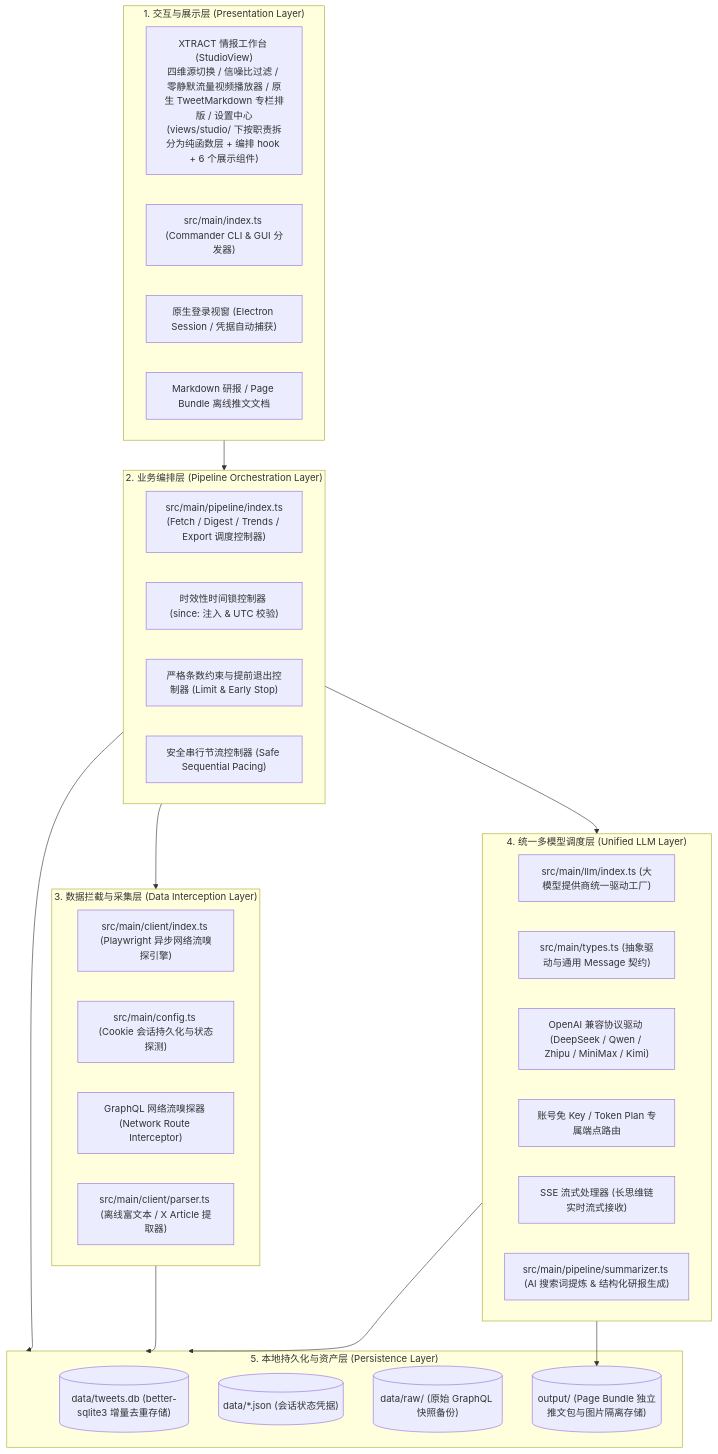
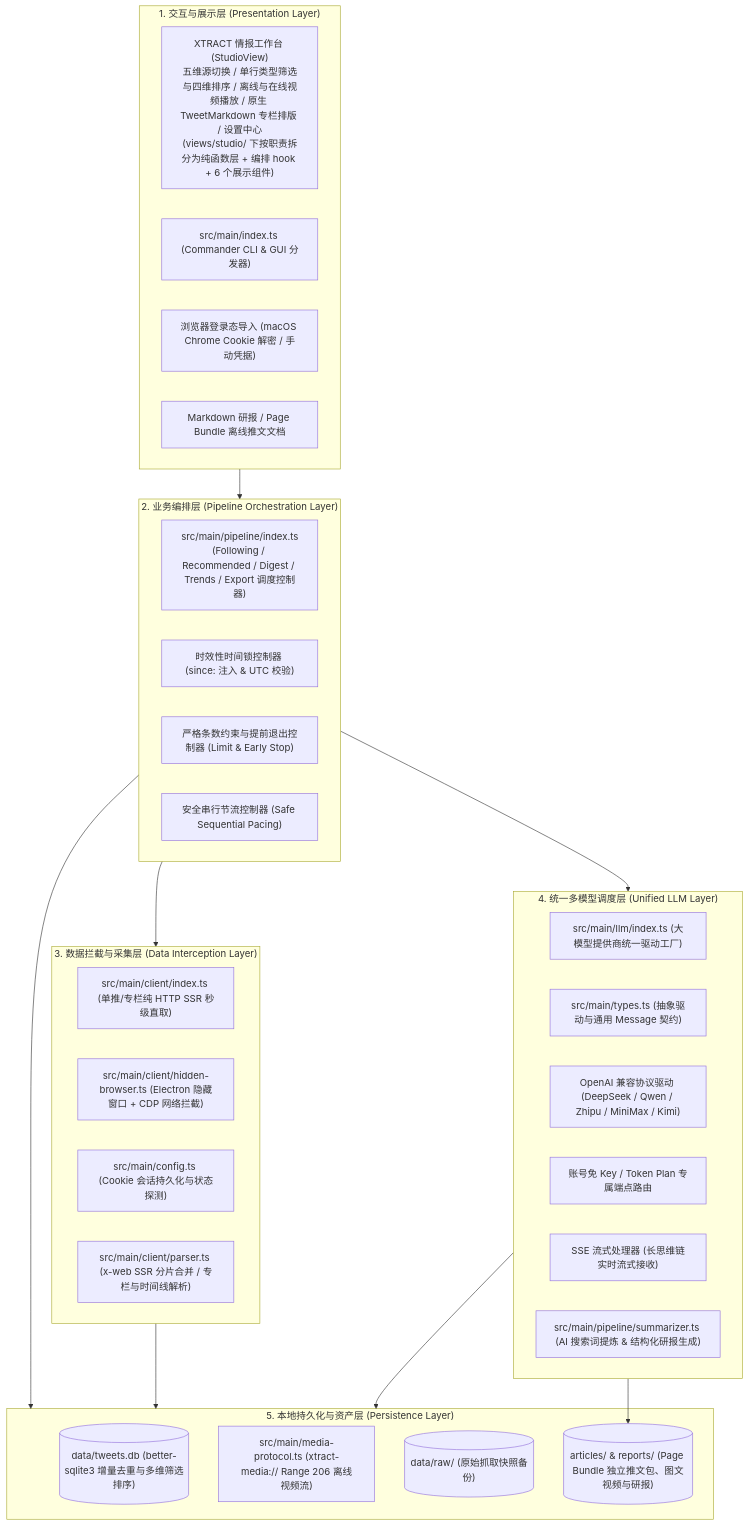
The first of 3 diagrams in docs/architecture.md (monkeychen/xtract), drawn with Mermaid before and after one commit. The commit also changed other lines of this file and 8 other files, not shown here.

Commit message:
docs: align all manuals, architecture, design, skill and logs with v0.1.4

````diff
--- a/docs/architecture.md
+++ b/docs/architecture.md
@@ -34,47 +34,47 @@
 ```mermaid
 flowchart TD
     subgraph UI ["1. 交互与展示层 (Presentation Layer)"]
-        STUDIO_UI["XTRACT 情报工作台 (StudioView)\n四维源切换 / 信噪比过滤 / 零静默流量视频播放器 / 原生 TweetMarkdown 专栏排版 / 设置中心\n(views/studio/ 下按职责拆分为纯函数层 + 编排 hook + 6 个展示组件)"]
+        STUDIO_UI["XTRACT 情报工作台 (StudioView)\n五维源切换 / 单行类型筛选与四维排序 / 离线与在线视频播放 / 原生 TweetMarkdown 专栏排版 / 设置中心\n(views/studio/ 下按职责拆分为纯函数层 + 编排 hook + 6 个展示组件)"]
         CLI["src/main/index.ts (Commander CLI & GUI 分发器)"]
-        AUTH_UI["原生登录视窗 (Electron Session / 凭据自动捕获)"]
+        AUTH_UI["浏览器登录态导入 (macOS Chrome Cookie 解密 / 手动凭据)"]
         MD_VIEW["Markdown 研报 / Page Bundle 离线推文文档"]
     end
 
     subgraph ORCH ["2. 业务编排层 (Pipeline Orchestration Layer)"]
-        CORE_PIPE["src/main/pipeline/index.ts\n(Fetch / Digest / Trends / Export 调度控制器)"]
+        CORE_PIPE["src/main/pipeline/index.ts\n(Following / Recommended / Digest / Trends / Export 调度控制器)"]
         FRESH_LOCK["时效性时间锁控制器 (since: 注入 & UTC 校验)"]
         LIMIT_CTRL["严格条数约束与提前退出控制器 (Limit & Early Stop)"]
         SERIAL_CTRL["安全串行节流控制器 (Safe Sequential Pacing)"]
     end
 
     subgraph CRAWL ["3. 数据拦截与采集层 (Data Interception Layer)"]
-        PLAYWRIGHT["src/main/client/index.ts (Playwright 异步网络流嗅探引擎)"]
+        HTTP_SSR["src/main/client/index.ts (单推/专栏纯 HTTP SSR 秒级直取)"]
+        HIDDEN_WIN["src/main/client/hidden-browser.ts (Electron 隐藏窗口 + CDP 网络拦截)"]
         AUTH_MGR["src/main/config.ts (Cookie 会话持久化与状态探测)"]
-        ROUTE_FILTER["GraphQL 网络流嗅探器 (Network Route Interceptor)"]
-        HTML_PARSER["src/main/client/parser.ts (离线富文本 / X Article 提取器)"]
+        HTML_PARSER["src/main/client/parser.ts (x-web SSR 分片合并 / 专栏与时间线解析)"]
     end
 
     subgraph LLM ["4. 统一多模型调度层 (Unified LLM Layer)"]
         FACTORY["src/main/llm/index.ts (大模型提供商统一驱动工厂)"]
         BASE_LLM["src/main/types.ts (抽象驱动与通用 Message 契约)"]
         OAI_COMPAT["OpenAI 兼容协议驱动 (DeepSeek / Qwen / Zhipu / MiniMax / Kimi)"]
         ACC_DRV["账号免 Key / Token Plan 专属端点路由"]
         SSE_STREAM["SSE 流式处理器 (长思维链实时流式接收)"]
         SUMMARIZER["src/main/pipeline/summarizer.ts (AI 搜索词提炼 & 结构化研报生成)"]
     end
 
     subgraph STORAGE ["5. 本地持久化与资产层 (Persistence Layer)"]
-        SQLITE[("data/tweets.db (better-sqlite3 增量去重存储)")]
-        AUTH_FILES[("data/*.json (会话状态凭据)")]
-        RAW_BACKUP[("data/raw/ (原始 GraphQL 快照备份)")]
-        OUTPUT_ASSETS[("output/ (Page Bundle 独立推文包与图片隔离存储)")]
+        SQLITE[("data/tweets.db (better-sqlite3 增量去重与多维筛选排序)")]
+        MEDIA_PROTO["src/main/media-protocol.ts (xtract-media:// Range 206 离线视频流)"]
+        RAW_BACKUP[("data/raw/ (原始抓取快照备份)")]
+        OUTPUT_ASSETS[("articles/ & reports/ (Page Bundle 独立推文包、图文视频与研报)")]
     end
 
     UI --> ORCH
     ORCH --> CRAWL
     ORCH --> STORAGE
     ORCH --> LLM
     CRAWL --> STORAGE
     LLM --> STORAGE
     LLM --> OUTPUT_ASSETS
 ```
````
